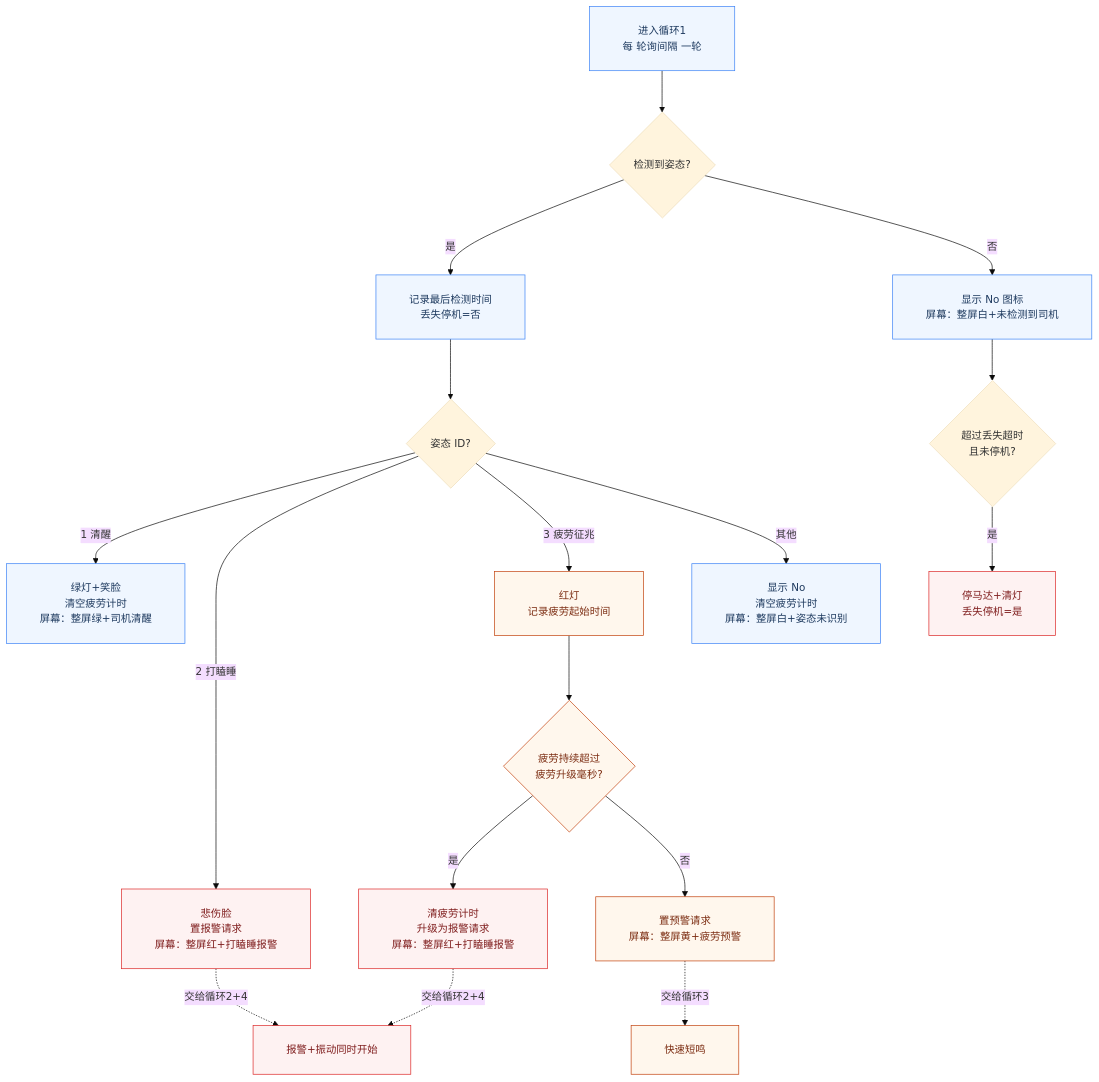
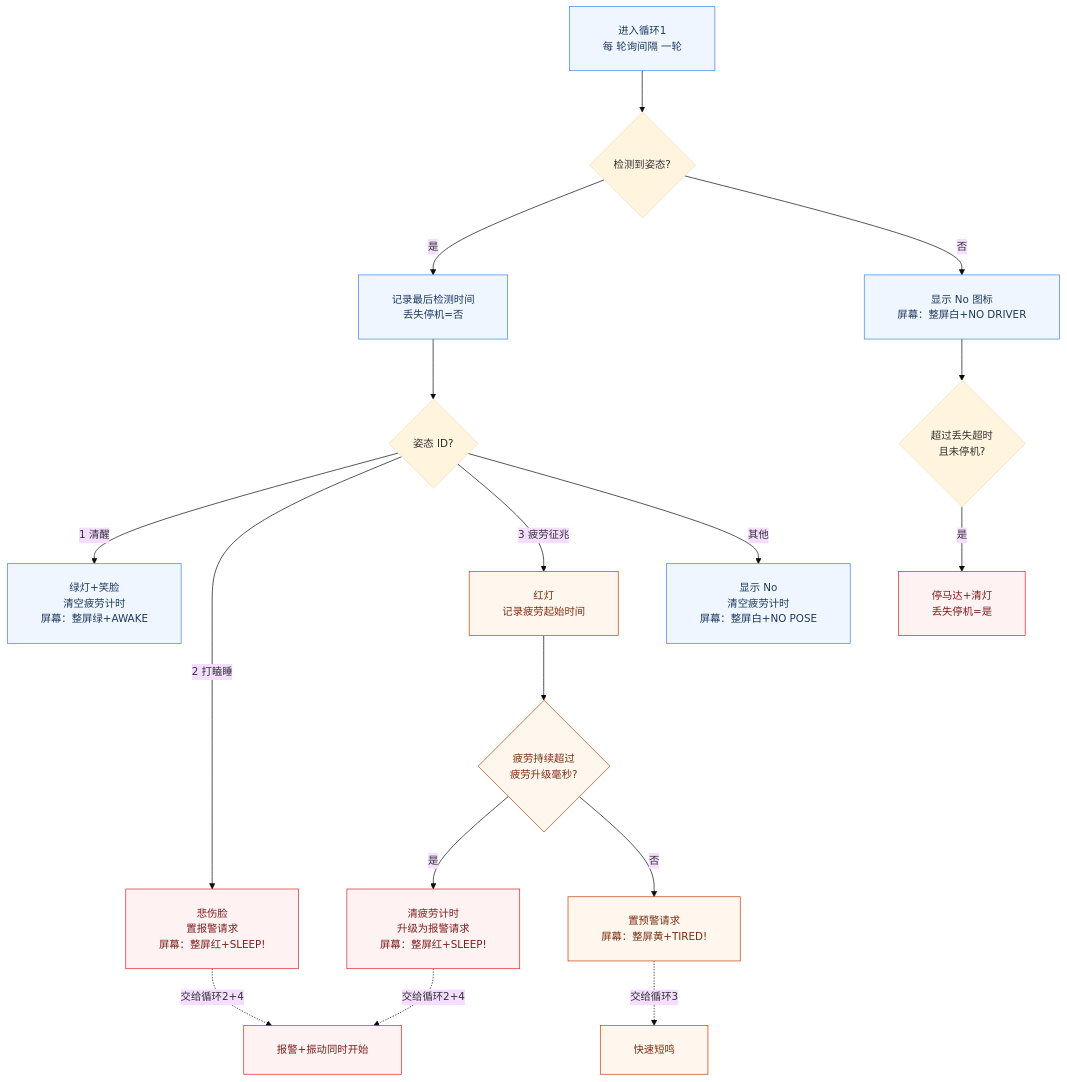
Before and after one commit to Gsjsjzhznsz/driver: the second of 3 diagrams in README.md, drawn with Mermaid. The commit also changed other lines of this file and 3 other files, not shown here.

Commit message:
修复：屏幕中文画出乱码(*K0 P0~vM)——固件画文字字体仅含ASCII字形，状态文字改为英文大写(READY/AWAKE/TIRED!/SLEEP!/NO POSE/NO DRIVER)，标题字母间加空格拉开宽度占满屏面中央；中文语义由整屏状态色+点阵+RGB灯表达

````diff
--- a/README.md
+++ b/README.md
@@ -163,26 +168,26 @@
 ```mermaid
 %%{init: {"theme":"base","themeVariables":{"fontSize":"15px"},"flowchart":{"curve":"basis","padding":24,"nodeSpacing":70,"rankSpacing":60}}}%%
 flowchart TD
     S["进入循环1<br>每 轮询间隔 一轮"] --> A{"检测到姿态?"}
     A -->|"是"| B["记录最后检测时间<br>丢失停机=否"]
     B --> C{"姿态 ID?"}
-    C -->|"1 清醒"| D["绿灯+笑脸<br>清空疲劳计时<br>屏幕：整屏绿+司机清醒"]
-    C -->|"2 打瞌睡"| E["悲伤脸<br>置报警请求<br>屏幕：整屏红+打瞌睡报警"]
+    C -->|"1 清醒"| D["绿灯+笑脸<br>清空疲劳计时<br>屏幕：整屏绿+AWAKE"]
+    C -->|"2 打瞌睡"| E["悲伤脸<br>置报警请求<br>屏幕：整屏红+SLEEP!"]
     C -->|"3 疲劳征兆"| F["红灯<br>记录疲劳起始时间"]
-    C -->|"其他"| G["显示 No<br>清空疲劳计时<br>屏幕：整屏白+姿态未识别"]
+    C -->|"其他"| G["显示 No<br>清空疲劳计时<br>屏幕：整屏白+NO POSE"]
     F --> H{"疲劳持续超过<br>疲劳升级毫秒?"}
-    H -->|"是"| I["清疲劳计时<br>升级为报警请求<br>屏幕：整屏红+打瞌睡报警"]
-    H -->|"否"| J["置预警请求<br>屏幕：整屏黄+疲劳预警"]
-    A -->|"否"| M["显示 No 图标<br>屏幕：整屏白+未检测到司机"]
+    H -->|"是"| I["清疲劳计时<br>升级为报警请求<br>屏幕：整屏红+SLEEP!"]
+    H -->|"否"| J["置预警请求<br>屏幕：整屏黄+TIRED!"]
+    A -->|"否"| M["显示 No 图标<br>屏幕：整屏白+NO DRIVER"]
     M --> K{"超过丢失超时<br>且未停机?"}
     K -->|"是"| L["停马达+清灯<br>丢失停机=是"]
     E -.->|"交给循环2+4"| N["报警+振动同时开始"]
     I -.->|"交给循环2+4"| N
     J -.->|"交给循环3"| O["快速短鸣"]
     classDef normal fill:#EFF6FF,stroke:#3B82F6,color:#1E3A5F
     classDef warn fill:#FFF7ED,stroke:#C2410C,color:#7C2D12
     classDef danger fill:#FEF2F2,stroke:#DC2626,color:#7F1D1D
     class S,B,D,G,M normal
     class F,H,J,O warn
     class E,I,N,L danger
 ```
````
